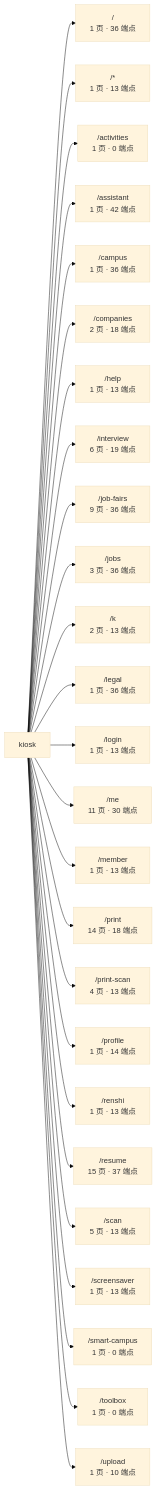
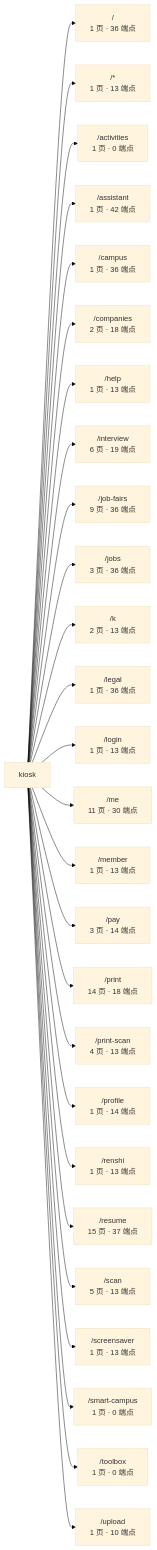
One commit to wanglei581/YITIJI changed the first of 3 diagrams in docs/graph/routes.md. Above: the diagram before and after it, drawn with Mermaid (base theme). The commit also changed other lines of this file and 5 other files, not shown here.

Commit message:
图谱按 P2e-1 代码重生

````diff
--- a/docs/graph/routes.md
+++ b/docs/graph/routes.md
@@ -17,29 +17,30 @@
 ```mermaid
 flowchart LR
   app["kiosk"]
   app --> _root_["/<br/>1 页 · 36 端点"]
   app --> _["/*<br/>1 页 · 13 端点"]
   app --> activities["/activities<br/>1 页 · 0 端点"]
   app --> assistant["/assistant<br/>1 页 · 42 端点"]
   app --> campus["/campus<br/>1 页 · 36 端点"]
   app --> companies["/companies<br/>2 页 · 18 端点"]
   app --> help["/help<br/>1 页 · 13 端点"]
   app --> interview["/interview<br/>6 页 · 19 端点"]
   app --> job_fairs["/job-fairs<br/>9 页 · 36 端点"]
   app --> jobs["/jobs<br/>3 页 · 36 端点"]
   app --> k["/k<br/>2 页 · 13 端点"]
   app --> legal["/legal<br/>1 页 · 36 端点"]
   app --> login["/login<br/>1 页 · 13 端点"]
   app --> me["/me<br/>11 页 · 30 端点"]
   app --> member["/member<br/>1 页 · 13 端点"]
+  app --> pay["/pay<br/>3 页 · 14 端点"]
   app --> print["/print<br/>14 页 · 18 端点"]
   app --> print_scan["/print-scan<br/>4 页 · 13 端点"]
   app --> profile["/profile<br/>1 页 · 14 端点"]
   app --> renshi["/renshi<br/>1 页 · 13 端点"]
   app --> resume["/resume<br/>15 页 · 37 端点"]
   app --> scan["/scan<br/>5 页 · 13 端点"]
   app --> screensaver["/screensaver<br/>1 页 · 13 端点"]
   app --> smart_campus["/smart-campus<br/>1 页 · 0 端点"]
   app --> toolbox["/toolbox<br/>1 页 · 0 端点"]
   app --> upload["/upload<br/>1 页 · 10 端点"]
 ```
````
